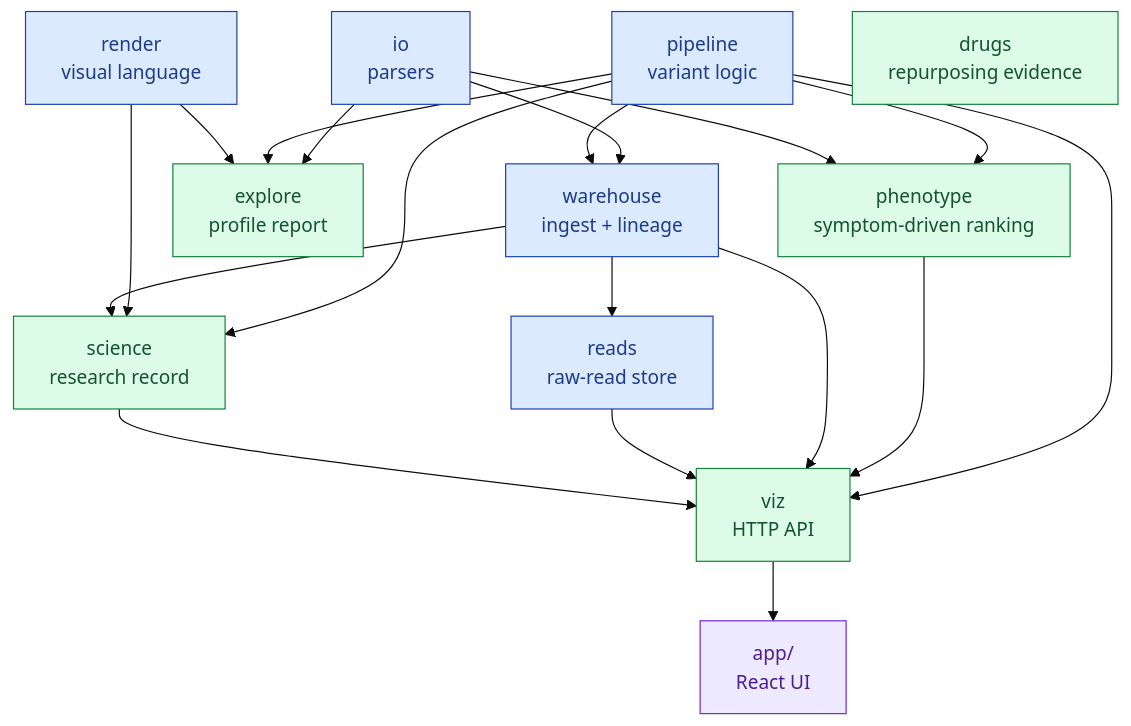
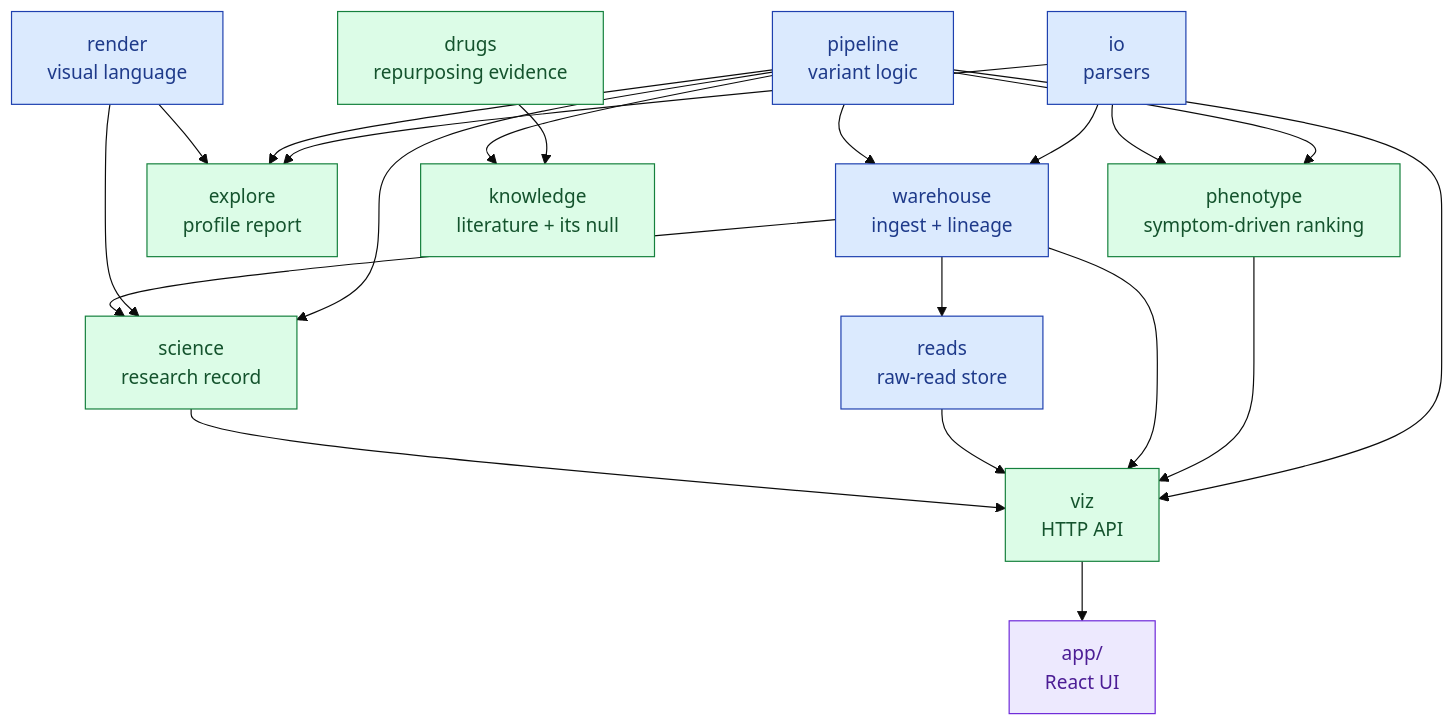
The diagram in src/mva/README.md (agharsallah/mva-hackathon), drawn with Mermaid (base theme) before and after one commit. The commit also changed other lines of this file and 9 other files, not shown here.

````diff
--- a/src/mva/README.md
+++ b/src/mva/README.md
@@ -24,36 +26,39 @@
 ```mermaid
 graph TD
     io[io<br/>parsers]:::machine
     render[render<br/>visual language]:::machine
     pipeline[pipeline<br/>variant logic]:::machine
     warehouse[warehouse<br/>ingest + lineage]:::machine
     reads[reads<br/>raw-read store]:::machine
     science[science<br/>research record]:::goal
     explore[explore<br/>profile report]:::goal
     viz[viz<br/>HTTP API]:::goal
     app[app/<br/>React UI]:::raw
 
     io --> warehouse
     io --> explore
     pipeline --> warehouse
     pipeline --> science
     pipeline --> explore
     pipeline --> viz
     phenotype[phenotype<br/>symptom-driven ranking]:::goal
     drugs[drugs<br/>repurposing evidence]:::goal
+    knowledge[knowledge<br/>literature + its null]:::goal
+    drugs --> knowledge
+    pipeline --> knowledge
     pipeline --> phenotype
     io --> phenotype
     phenotype --> viz
     render --> science
     render --> explore
     warehouse --> science
     warehouse --> reads
     warehouse --> viz
     reads --> viz
     science --> viz
     viz --> app
 
     classDef machine fill:#dbeafe,stroke:#1e40af,color:#1e3a8a
     classDef goal fill:#dcfce7,stroke:#15803d,color:#14532d
     classDef raw fill:#ede9fe,stroke:#6d28d9,color:#4c1d95
 ```
````
